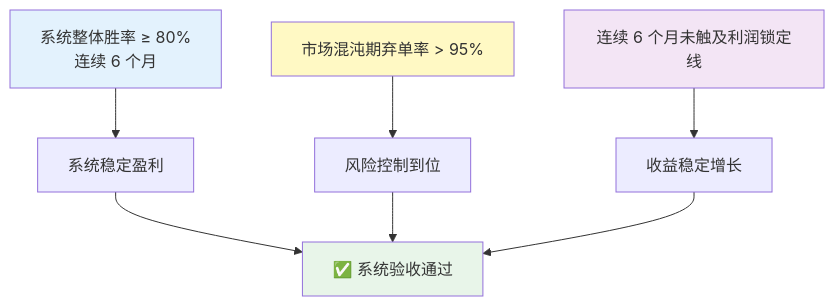
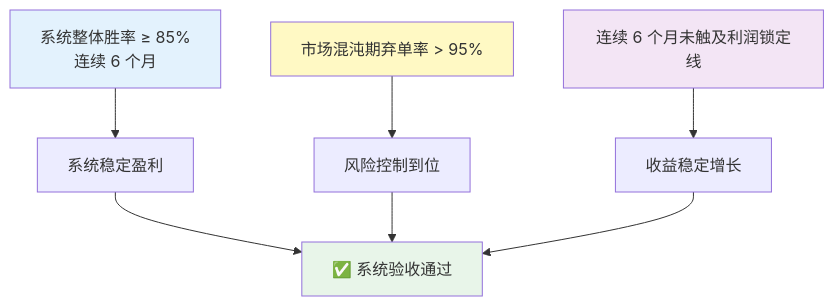
The sixth of 6 diagrams in 05_成功标识与验证/04_验收标准通俗解释.md (myxxhui/diting-doc), drawn with Mermaid before and after one commit. The commit also changed other lines of this file and 39 other files, not shown here.

````diff
--- a/05_成功标识与验证/04_验收标准通俗解释.md
+++ b/05_成功标识与验证/04_验收标准通俗解释.md
@@ -334,15 +334,15 @@
 ```mermaid
 flowchart TB
-    A[系统整体胜率 ≥ 80%<br/>连续 6 个月] --> B[系统稳定盈利]
+    A[系统整体胜率 ≥ 85%<br/>连续 6 个月] --> B[系统稳定盈利]
     C[市场混沌期弃单率 > 95%] --> D[风险控制到位]
     E[连续 6 个月未触及利润锁定线] --> F[收益稳定增长]
     
     B --> G[✅ 系统验收通过]
     D --> G
     F --> G
     
     style G fill:#e8f5e9
     style A fill:#e3f2fd
     style C fill:#fff9c4
     style E fill:#f3e5f5
 ```
````
